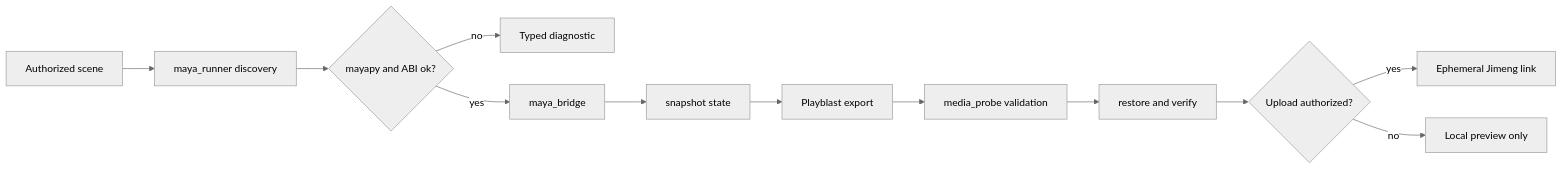
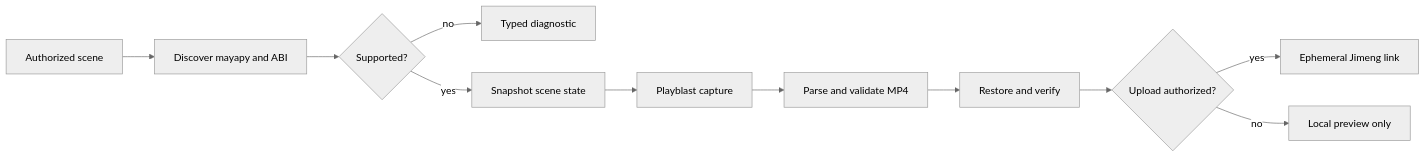
The diagram in README.md (full-aigc-plugins/maya-design-plugin), drawn with Mermaid (neutral theme) before and after one commit. The commit also changed other lines of this file and 3 other files, not shown here.

````diff
--- a/README.md
+++ b/README.md
@@ -106,14 +56,13 @@
 ```mermaid
 flowchart LR
-    A[Authorized scene] --> B[maya_runner discovery]
-    B --> C{mayapy and ABI ok?}
+    A[Authorized scene] --> B[Discover mayapy and ABI]
+    B --> C{Supported?}
     C -->|no| D[Typed diagnostic]
-    C -->|yes| E[maya_bridge]
-    E --> F[snapshot state]
-    F --> G[Playblast export]
-    G --> H[media_probe validation]
-    H --> I[restore and verify]
-    I --> J{Upload authorized?}
-    J -->|yes| K[Ephemeral Jimeng link]
-    J -->|no| L[Local preview only]
+    C -->|yes| E[Snapshot scene state]
+    E --> F[Playblast capture]
+    F --> G[Parse and validate MP4]
+    G --> H[Restore and verify]
+    H --> I{Upload authorized?}
+    I -->|yes| J[Ephemeral Jimeng link]
+    I -->|no| K[Local preview only]
 ```
````
